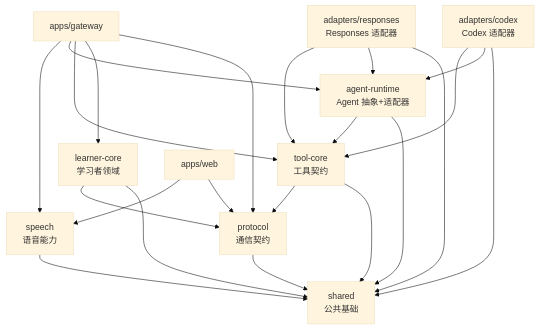
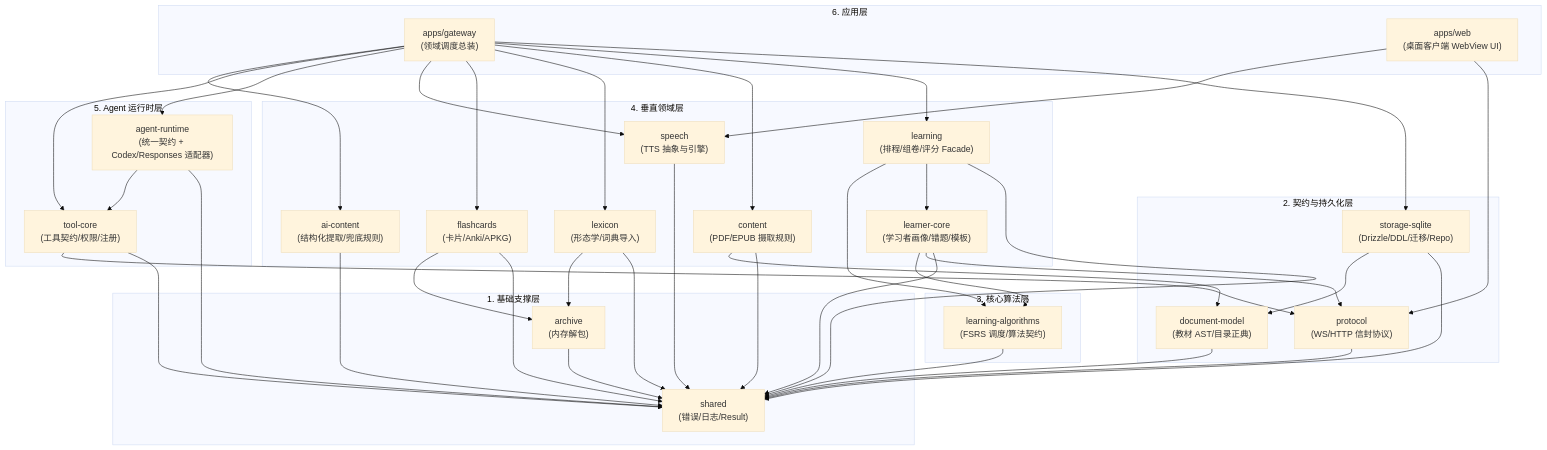
Before and after one commit to yitom486/lexdistill: the diagram in packages/README.md, drawn with Mermaid (base theme). The commit also changed other lines of this file and 5 other files, not shown here.

Commit message:
feat(web): 重构教材导入 UI，引入 Agent 并发池实况矩阵与沉浸式会话抽屉

````diff
--- a/packages/README.md
+++ b/packages/README.md
@@ -33,36 +43,81 @@
 ```mermaid
 flowchart TD
-    Shared[shared<br/>公共基础]
-    Protocol[protocol<br/>通信契约]
-    Learner[learner-core<br/>学习者领域]
-    Tools[tool-core<br/>工具契约]
-    AgentRuntime[agent-runtime<br/>Agent 抽象+适配器]
-    Codex[adapters/codex<br/>Codex 适配器]
-    Responses[adapters/responses<br/>Responses 适配器]
-    TTS[speech<br/>语音能力]
-    Gateway[apps/gateway]
-    Web[apps/web]
+    subgraph L1_Foundation["1. 基础支撑层"]
+        Shared["shared<br/>(错误/日志/Result)"]
+        Archive["archive<br/>(内存解包)"]
+    end
 
+    subgraph L2_DataContracts["2. 契约与持久化层"]
+        Protocol["protocol<br/>(WS/HTTP 信封协议)"]
+        DocModel["document-model<br/>(教材 AST/目录正典)"]
+        Storage["storage-sqlite<br/>(Drizzle/DDL/迁移/Repo)"]
+    end
+
+    subgraph L3_Algorithms["3. 核心算法层"]
+        Alg["learning-algorithms<br/>(FSRS 调度/算法契约)"]
+    end
+
+    subgraph L4_Domains["4. 垂直领域层"]
+        Learner["learner-core<br/>(学习者画像/错题/模板)"]
+        Learning["learning<br/>(排程/组卷/评分 Facade)"]
+        Flashcards["flashcards<br/>(卡片/Anki/APKG)"]
+        Lexicon["lexicon<br/>(形态学/词典导入)"]
+        Content["content<br/>(PDF/EPUB 摄取规则)"]
+        Speech["speech<br/>(TTS 抽象与引擎)"]
+        AIContent["ai-content<br/>(结构化提取/兜底规则)"]
+    end
+
+    subgraph L5_AgentSystem["5. Agent 运行时层"]
+        ToolCore["tool-core<br/>(工具契约/权限/注册)"]
+        AgentRuntime["agent-runtime<br/>(统一契约 + Codex/Responses 适配器)"]
+    end
+
+    subgraph L6_Applications["6. 应用层"]
+        Gateway["apps/gateway<br/>(领域调度总装)"]
+        Web["apps/web<br/>(桌面客户端 WebView UI)"]
+    end
+
+    %% 基础依赖
+    Archive --> Shared
     Protocol --> Shared
-    Tools --> Shared
-    Tools --> Protocol
+    DocModel --> Shared
+    Storage --> Shared
+    Storage --> DocModel
+    Alg --> Shared
+
+    %% 领域层依赖
     Learner --> Shared
     Learner --> Protocol
+    Learner --> Alg
+    Learning --> Shared
+    Learning --> Learner
+    Learning --> Alg
+    Flashcards --> Shared
+    Flashcards --> Archive
+    Lexicon --> Shared
+    Lexicon --> Archive
+    Content --> Shared
+    Content --> DocModel
+    Speech --> Shared
+    AIContent --> Shared
+
+    %% Agent 层依赖
+    ToolCore --> Shared
+    ToolCore --> Protocol
     AgentRuntime --> Shared
-    AgentRuntime --> Tools
-    Codex --> Shared
-    Codex --> AgentRuntime
-    Codex --> Tools
-    Responses --> Shared
-    Responses --> AgentRuntime
-    Responses --> Tools
-    TTS --> Shared
+    AgentRuntime --> ToolCore
 
-    Gateway --> Protocol
-    Gateway --> Learner
-    Gateway --> Tools
+    %% 应用层装配
+    Gateway --> Storage
+    Gateway --> Learning
+    Gateway --> Content
+    Gateway --> Lexicon
+    Gateway --> Flashcards
+    Gateway --> Speech
     Gateway --> AgentRuntime
-    Gateway --> TTS
+    Gateway --> ToolCore
+    Gateway --> AIContent
+
     Web --> Protocol
-    Web --> TTS
+    Web --> Speech
 ```
````
